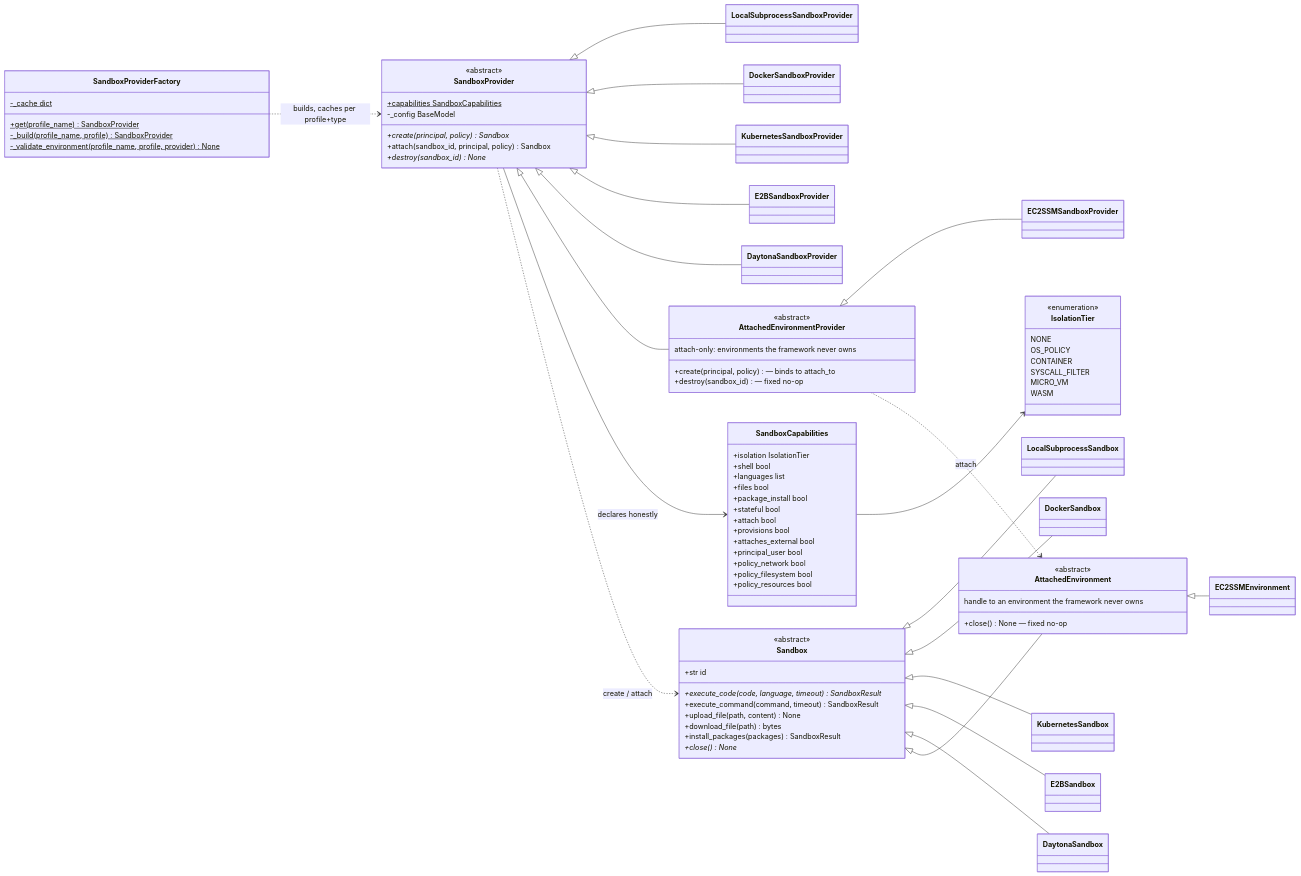
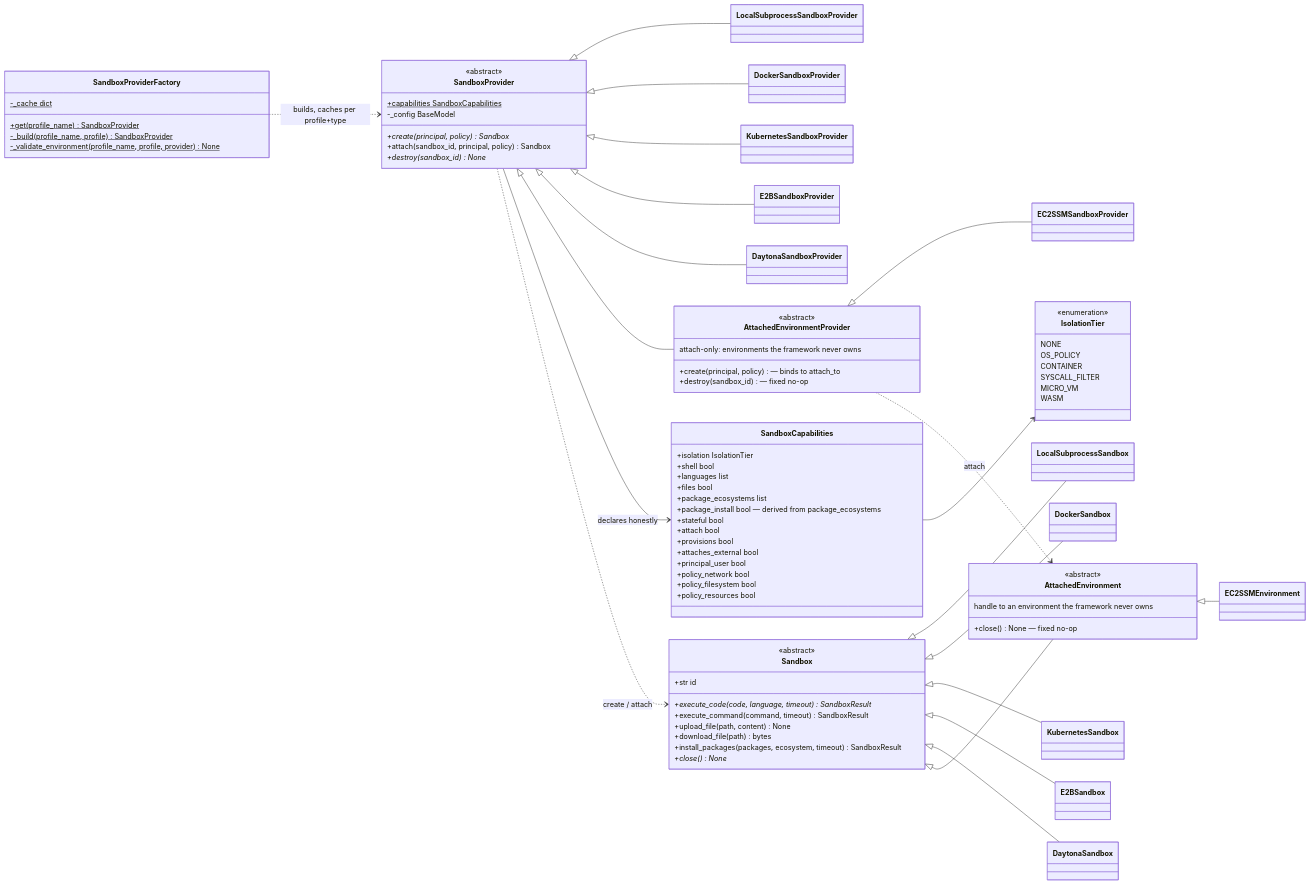
The second of 9 diagrams in docs/docs/architecture/sandbox-internals.md (yaalalabs/agent-kernel), drawn with Mermaid before and after one commit. The commit also changed other lines of this file and 26 other files, not shown here.

First line of the commit message:
feat: expand package installation support and permissions in sandbox

```diff
--- a/docs/docs/architecture/sandbox-internals.md
+++ b/docs/docs/architecture/sandbox-internals.md
@@ -77,7 +77,7 @@
         +execute_command(command, timeout) SandboxResult
         +upload_file(path, content) None
         +download_file(path) bytes
-        +install_packages(packages) SandboxResult
+        +install_packages(packages, ecosystem, timeout) SandboxResult
         +close()* None
     }
     class SandboxProvider {
@@ -104,7 +104,8 @@
         +shell bool
         +languages list
         +files bool
-        +package_install bool
+        +package_ecosystems list
+        +package_install bool — derived from package_ecosystems
         +stateful bool
         +attach bool
         +provisions bool
```
